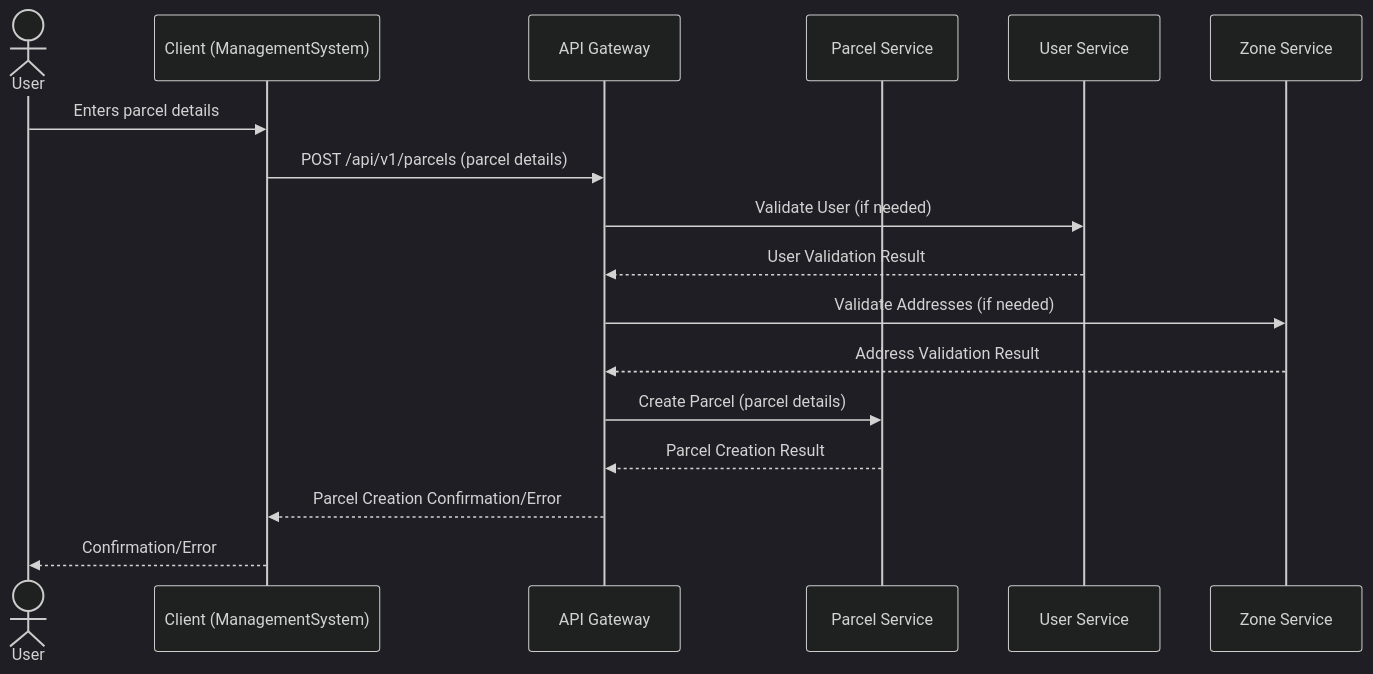
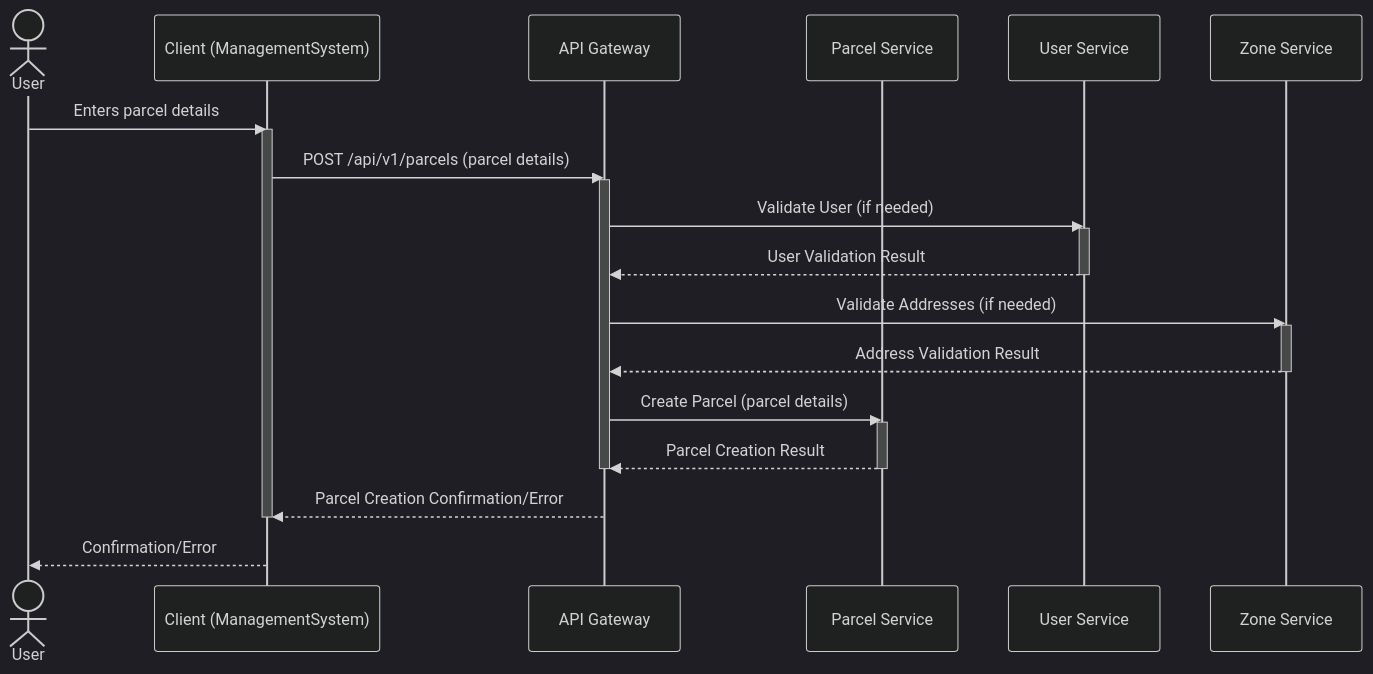
The second of 3 diagrams in reports/SYSTEM_ANALYSIS.md (hungdev11/Delivery-Coodinating-System-And-Delivery-App), drawn with Mermaid (dark theme) before and after one commit. The commit also changed other lines of this file and 11 other files, not shown here.

Commit message:
add processing bar for sequence diagram

````diff
--- a/reports/SYSTEM_ANALYSIS.md
+++ b/reports/SYSTEM_ANALYSIS.md
@@ -90,20 +100,30 @@
 ```mermaid
 sequenceDiagram
     actor User
     participant Client as Client (ManagementSystem)
     participant APIGateway as API Gateway
     participant ParcelService as Parcel Service
     participant UserService as User Service
     participant ZoneService as Zone Service
 
     User->>Client: Enters parcel details
+    activate Client
     Client->>APIGateway: POST /api/v1/parcels (parcel details)
+    activate APIGateway
     APIGateway->>UserService: Validate User (if needed)
+    activate UserService
     UserService-->>APIGateway: User Validation Result
+    deactivate UserService
     APIGateway->>ZoneService: Validate Addresses (if needed)
+    activate ZoneService
     ZoneService-->>APIGateway: Address Validation Result
+    deactivate ZoneService
     APIGateway->>ParcelService: Create Parcel (parcel details)
+    activate ParcelService
     ParcelService-->>APIGateway: Parcel Creation Result
+    deactivate ParcelService
+    deactivate APIGateway
     APIGateway-->>Client: Parcel Creation Confirmation/Error
+    deactivate Client
     Client-->>User: Confirmation/Error
 ```
````
